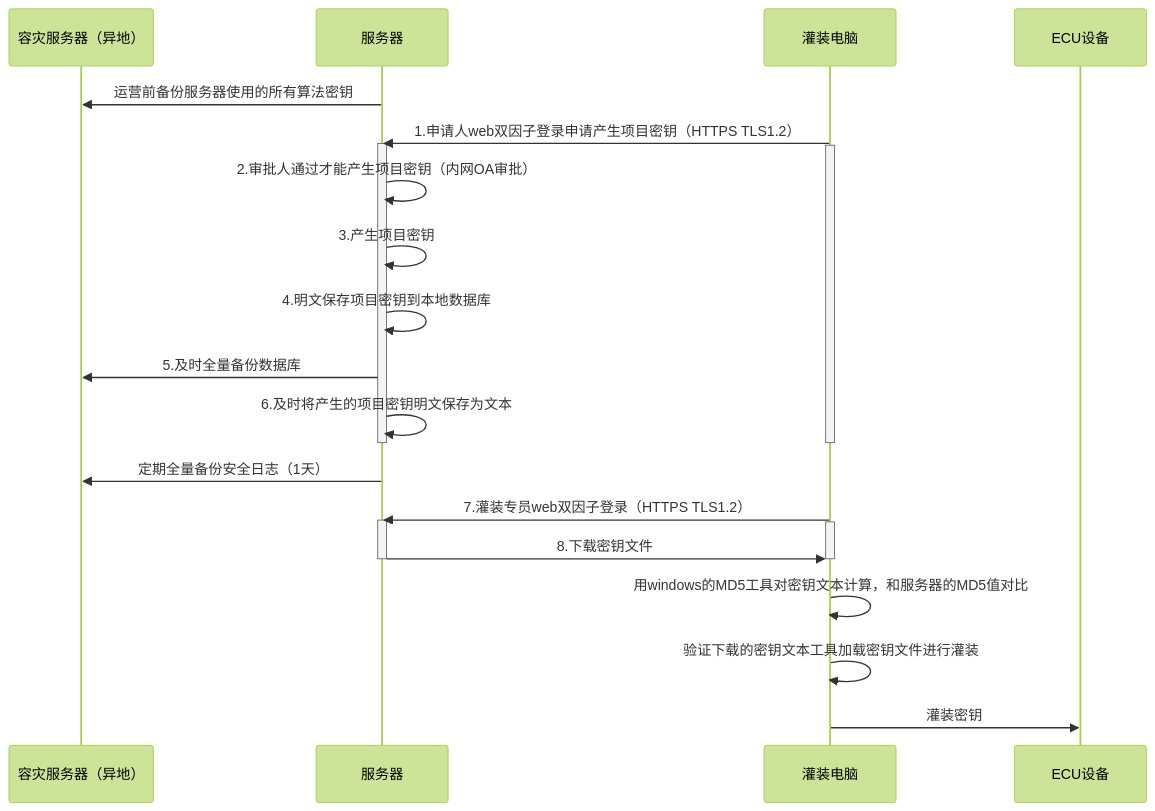
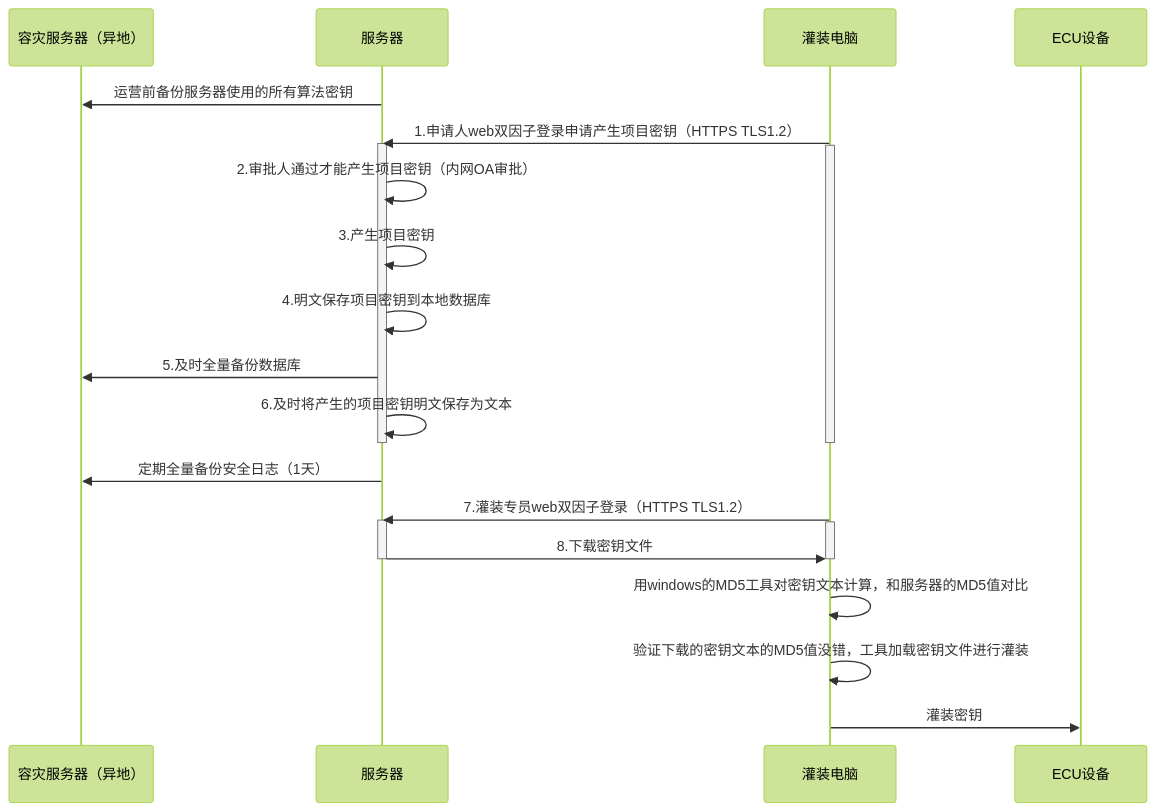
One commit to facebook-cloud/iodraw-files changed the diagram in all/未命名-17.md. Above: the diagram before and after it, drawn with Mermaid (forest theme).

Commit message:
2026-03-05 20:56:18 update

````diff
--- a/all/未命名-17.md
+++ b/all/未命名-17.md
@@ -1,33 +1,33 @@
 ```mermaid
 sequenceDiagram
     participant A as 容灾服务器（异地）
     participant B as 服务器
     participant D as 灌装电脑
     participant E as ECU设备
 
     B->>A: 运营前备份服务器使用的所有算法密钥
     D->>B: 1.申请人web双因子登录申请产生项目密钥（HTTPS TLS1.2）
     activate B
     activate D
     B->>B: 2.审批人通过才能产生项目密钥（内网OA审批）
     B->>B: 3.产生项目密钥
     B->>B: 4.明文保存项目密钥到本地数据库
     B->>A: 5.及时全量备份数据库
     B->>B: 6.及时将产生的项目密钥明文保存为文本
     deactivate B
     deactivate D
 
     B->>A: 定期全量备份安全日志（1天）
     
     D->>B: 7.灌装专员web双因子登录（HTTPS TLS1.2）
     activate B
     activate D
     B->>D: 8.下载密钥文件
     deactivate B
     deactivate D
 
     D->>D:用windows的MD5工具对密钥文本计算，和服务器的MD5值对比
-    D->>D:验证下载的密钥文本工具加载密钥文件进行灌装
+    D->>D:验证下载的密钥文本的MD5值没错，工具加载密钥文件进行灌装
     
     D->>E: 灌装密钥
 ```
````
